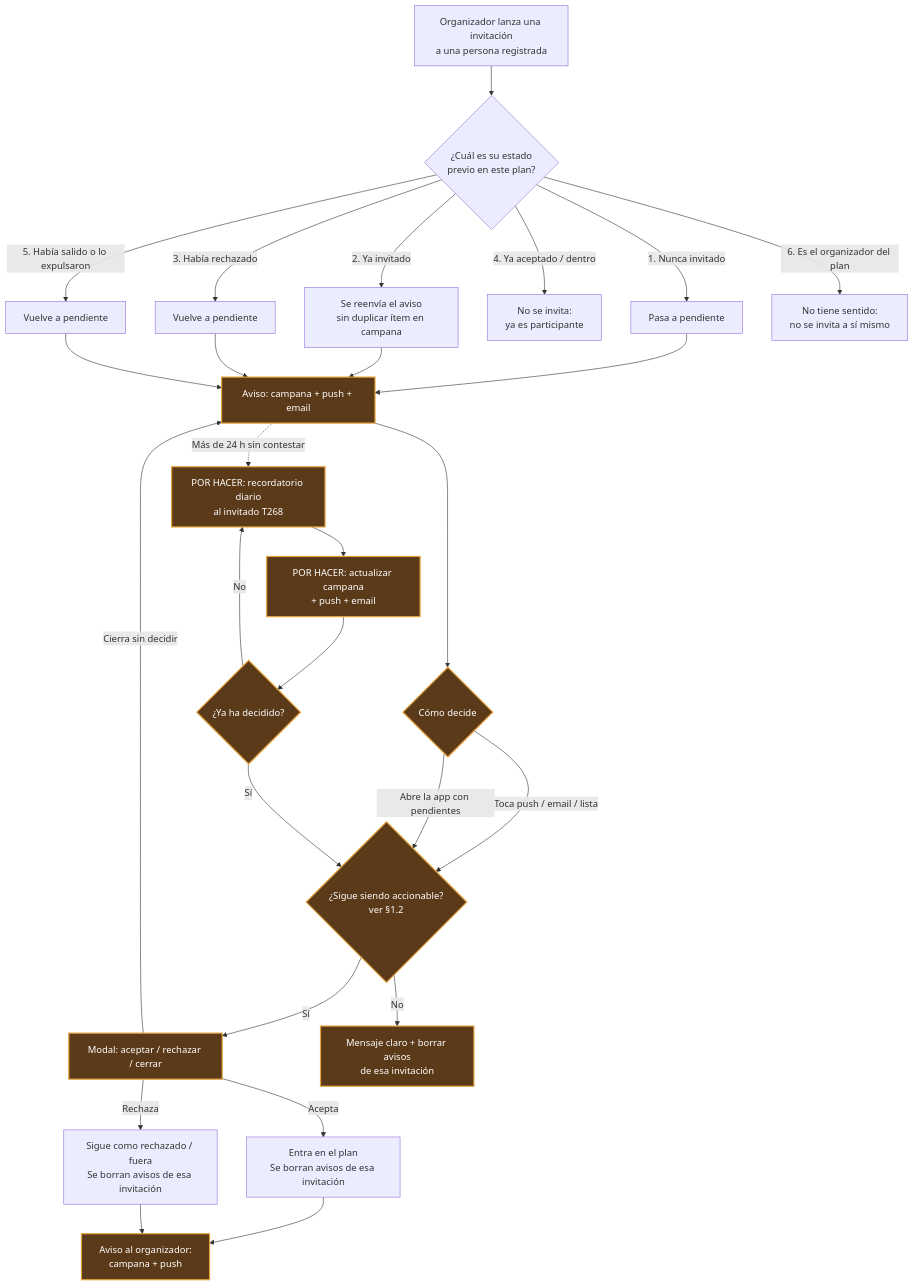
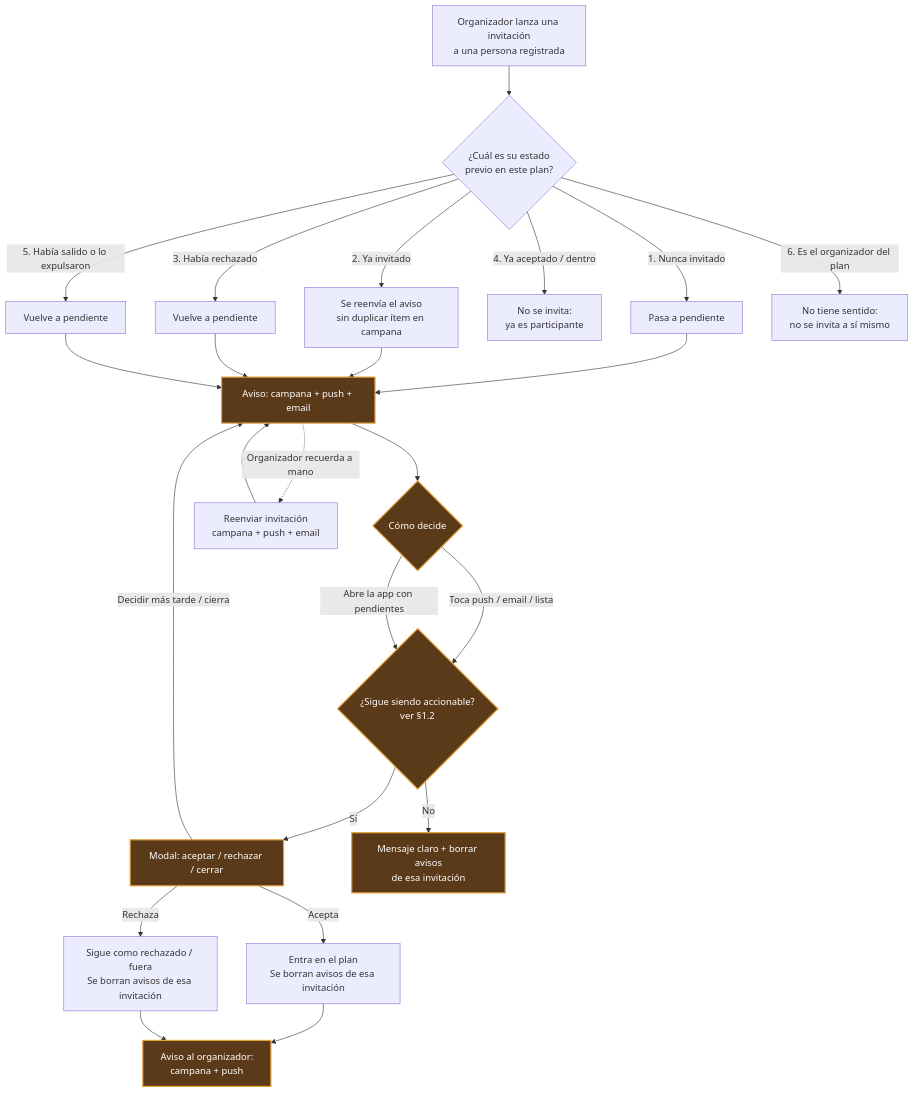
One commit to planazoo/planazoo-platform changed the first of 6 diagrams in docs/flujos/DIAGRAMA_ALTAS_BAJAS_PLAN.md. Above: the diagram before and after it, drawn with Mermaid. The commit also changed other lines of this file and 118 other files, not shown here.

````diff
--- a/docs/flujos/DIAGRAMA_ALTAS_BAJAS_PLAN.md
+++ b/docs/flujos/DIAGRAMA_ALTAS_BAJAS_PLAN.md
@@ -21,37 +21,34 @@
 ```mermaid
 flowchart TD
   start[Organizador lanza una invitación<br/>a una persona registrada] --> estado{¿Cuál es su estado<br/>previo en este plan?}
 
   estado -->|1. Nunca invitado| nuevo[Pasa a pendiente]
   estado -->|2. Ya invitado| reenviar[Se reenvía el aviso<br/>sin duplicar ítem en campana]
   estado -->|3. Había rechazado| reabrir[Vuelve a pendiente]
   estado -->|4. Ya aceptado / dentro| bloqueadoOk[No se invita:<br/>ya es participante]
   estado -->|5. Había salido o lo expulsaron| reabrirBaja[Vuelve a pendiente]
   estado -->|6. Es el organizador del plan| bloqueadoYo[No tiene sentido:<br/>no se invita a sí mismo]
 
   nuevo --> aviso
   reenviar --> aviso
   reabrir --> aviso
   reabrirBaja --> aviso
 
   aviso[Aviso: campana + push + email] --> decideComo{Cómo decide}
   decideComo -->|Toca push / email / lista| validar
   decideComo -->|Abre la app con pendientes| validar
   validar{¿Sigue siendo accionable?<br/>ver §1.2}
   validar -->|Sí| modal[Modal: aceptar / rechazar / cerrar]
   validar -->|No| avisoMuerto[Mensaje claro + borrar avisos<br/>de esa invitación]
   modal -->|Acepta| dentro[Entra en el plan<br/>Se borran avisos de esa invitación]
   modal -->|Rechaza| fuera[Sigue como rechazado / fuera<br/>Se borran avisos de esa invitación]
-  modal -->|Cierra sin decidir| aviso
+  modal -->|Decidir más tarde / cierra| aviso
   dentro --> avisaOrg[Aviso al organizador:<br/>campana + push]
   fuera --> avisaOrg
 
-  aviso -.->|Más de 24 h sin contestar| recordatorio[POR HACER: recordatorio diario<br/>al invitado T268]
-  recordatorio --> canalesRec[POR HACER: actualizar campana<br/>+ push + email]
-  canalesRec --> yaDecidio{¿Ya ha decidido?}
-  yaDecidio -->|No| recordatorio
-  yaDecidio -->|Sí| validar
+  aviso -.->|Organizador recuerda a mano| reenviarManual[Reenviar invitación<br/>campana + push + email]
+  reenviarManual --> aviso
 
   classDef todo fill:#5b3a1a,stroke:#e6a23c,stroke-width:2px,color:#fff
-  class aviso,decideComo,validar,avisoMuerto,modal,avisaOrg,recordatorio,canalesRec,yaDecidio todo
+  class aviso,decideComo,validar,avisoMuerto,modal,avisaOrg todo
 ```
````
